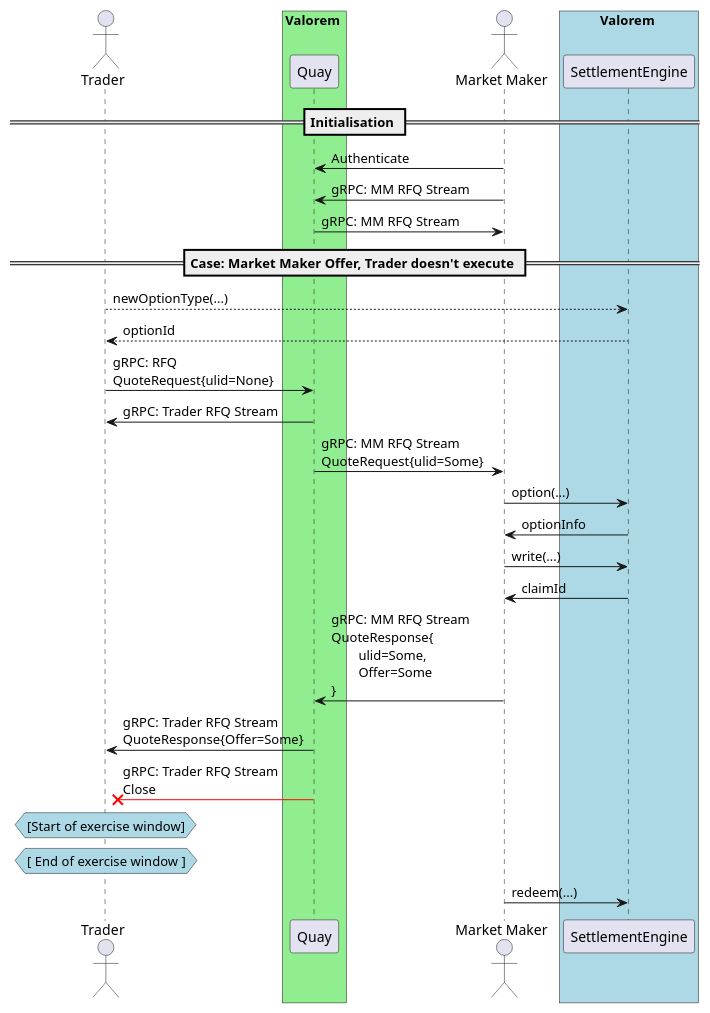
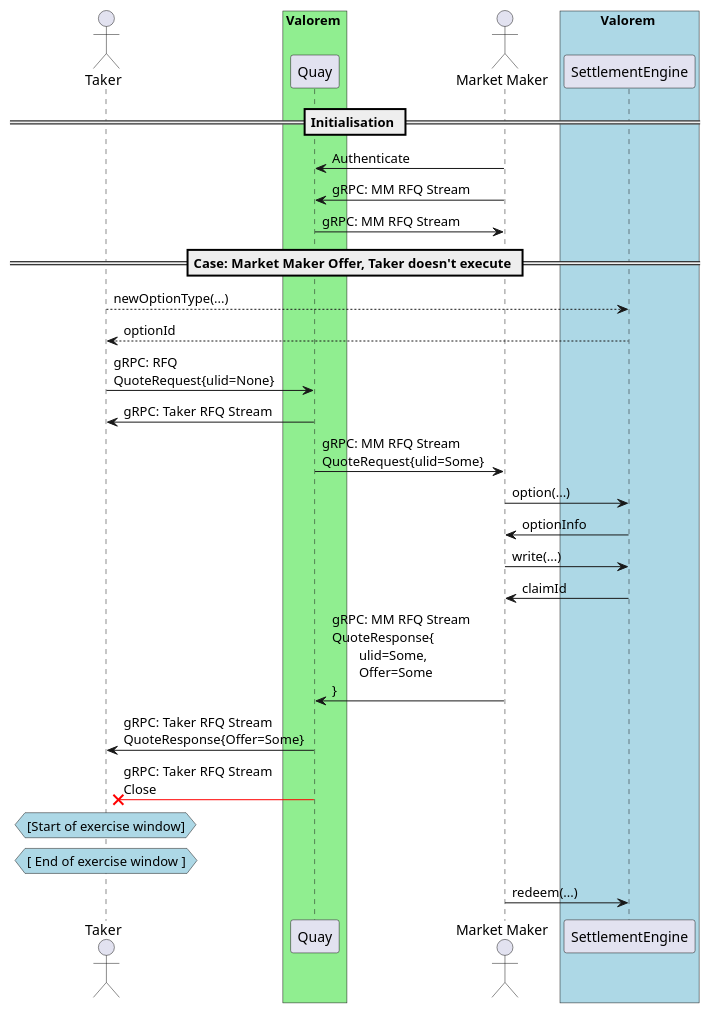
One commit to valorem-labs-inc/quay changed the diagram in docs/diagrams/mm_offer_trader_doesnt_execute.pu. Above: the diagram before and after it, drawn with PlantUML. The commit also changed 3 other files, not shown here.

```diff
--- a/docs/diagrams/mm_offer_trader_doesnt_execute.pu
+++ b/docs/diagrams/mm_offer_trader_doesnt_execute.pu
@@ -1,37 +1,37 @@
 @startuml
 
-actor Trader
+actor Taker
 box Valorem #LightGreen
 participant Quay
 end box
 actor "Market Maker" as MM
 box Valorem #LightBlue
 participant SettlementEngine as SE
 end box
 
 == Initialisation ==
 MM -> Quay: Authenticate
 MM -> Quay: gRPC: MM RFQ Stream
 Quay -> MM: gRPC: MM RFQ Stream
 
-== Case: Market Maker Offer, Trader doesn't execute ==
-Trader --> SE: newOptionType(...)
-SE --> Trader: optionId
-Trader -> Quay: gRPC: RFQ\nQuoteRequest{ulid=None}
-Quay -> Trader: gRPC: Trader RFQ Stream
+== Case: Market Maker Offer, Taker doesn't execute ==
+Taker --> SE: newOptionType(...)
+SE --> Taker: optionId
+Taker -> Quay: gRPC: RFQ\nQuoteRequest{ulid=None}
+Quay -> Taker: gRPC: Taker RFQ Stream
 Quay -> MM: gRPC: MM RFQ Stream\nQuoteRequest{ulid=Some}
 MM -> SE: option(...)
 SE -> MM: optionInfo
 MM -> SE: write(...)
 SE -> MM: claimId
 MM -> Quay: gRPC: MM RFQ Stream\nQuoteResponse{\n\tulid=Some,\n\tOffer=Some\n}
-Quay -> Trader: gRPC: Trader RFQ Stream\nQuoteResponse{Offer=Some}
-Quay -[#red]X Trader: gRPC: Trader RFQ Stream\nClose
-hnote over Trader #lightBlue
+Quay -> Taker: gRPC: Taker RFQ Stream\nQuoteResponse{Offer=Some}
+Quay -[#red]X Taker: gRPC: Taker RFQ Stream\nClose
+hnote over Taker #lightBlue
 [Start of exercise window]
 end hnote
-hnote over Trader #lightBlue
+hnote over Taker #lightBlue
 [ End of exercise window ]
 end hnote
 MM -> SE: redeem(...)
 @enduml
```
